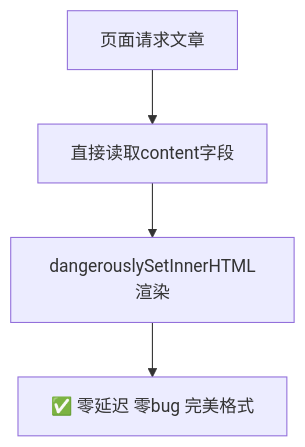
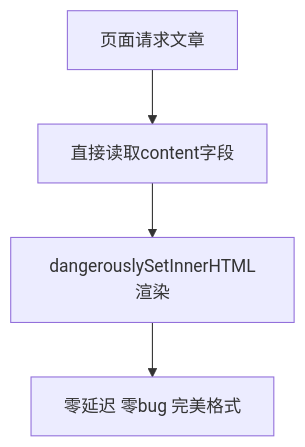
Before and after one commit to MrBigPorter/JoyMini_Nest_Monorepo: the second of 3 diagrams in docs/blog/architecture/BLOG_CONTENT_STORAGE_DESIGN.md, drawn with Mermaid. The commit also changed other lines of this file and 297 other files, not shown here.

First line of the commit message:
refactor(frontend-blog): simplify platform architecture and unify query hooks

````diff
--- a/docs/blog/architecture/BLOG_CONTENT_STORAGE_DESIGN.md
+++ b/docs/blog/architecture/BLOG_CONTENT_STORAGE_DESIGN.md
@@ -51,6 +51,6 @@
 ```mermaid
 graph TD
     A[页面请求文章] --> B[直接读取content字段]
     B --> C[dangerouslySetInnerHTML渲染]
-    C --> D[✅ 零延迟 零bug 完美格式]
+    C --> D[ 零延迟 零bug 完美格式]
 ```
````
